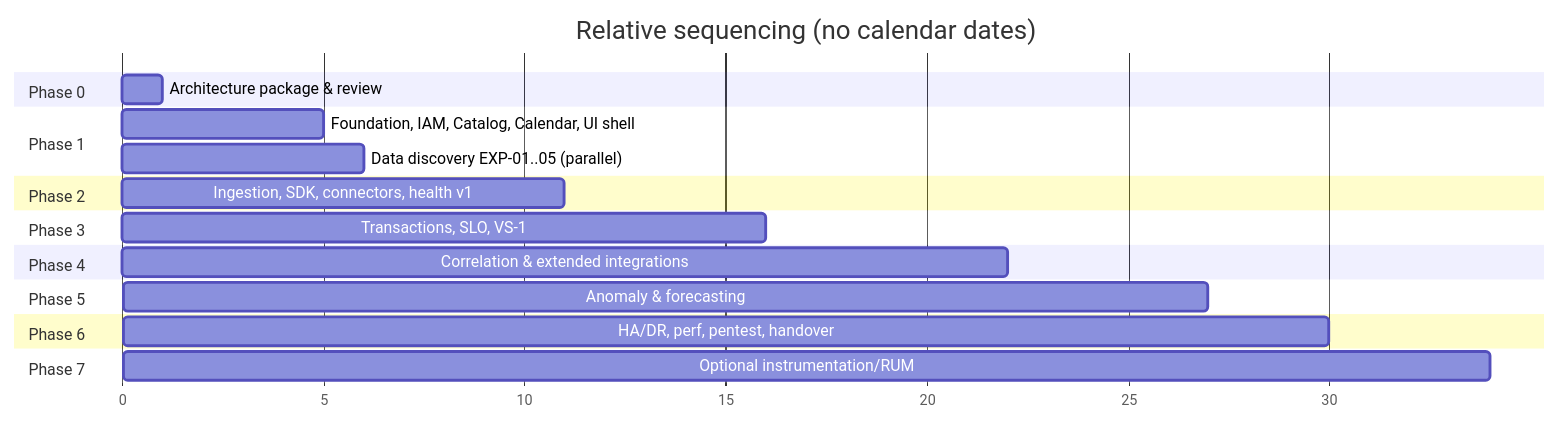
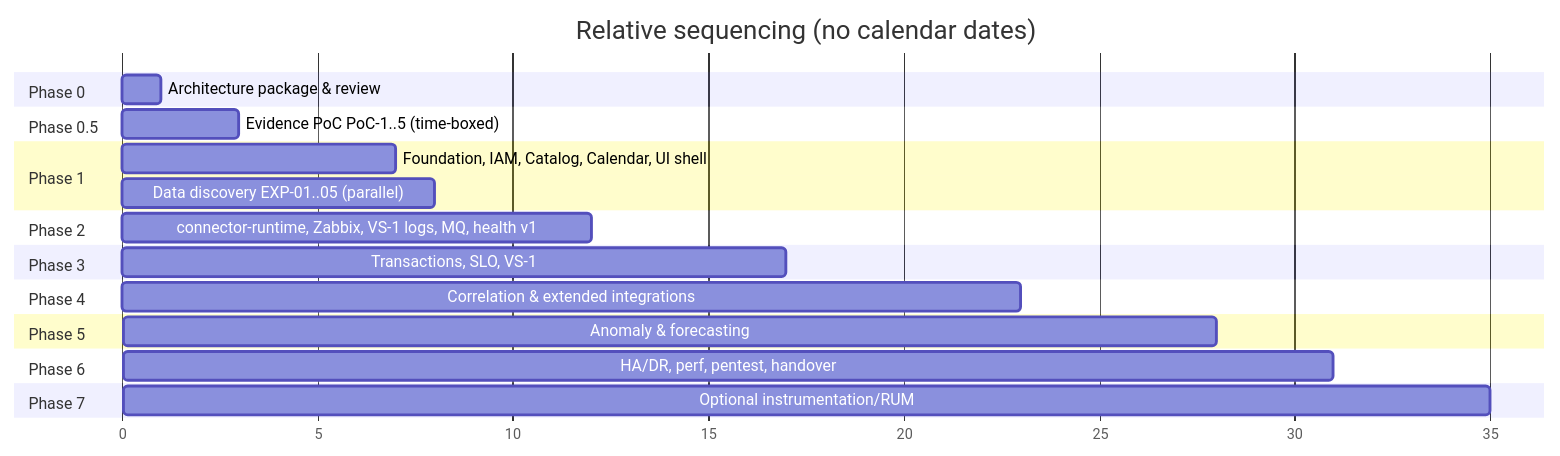
The second of 3 diagrams in docs/roadmap/master-plan.md (navy1919/IssabelMonitoring), drawn with Mermaid before and after one commit. The commit also changed other lines of this file and 46 other files, not shown here.

````diff
--- a/docs/roadmap/master-plan.md
+++ b/docs/roadmap/master-plan.md
@@ -51,23 +64,25 @@
 ```mermaid
 gantt
   title Relative sequencing (no calendar dates)
   dateFormat X
   axisFormat %s
   section Phase 0
   Architecture package & review :p0, 0, 1
+  section Phase 0.5
+  Evidence PoC PoC-1..5 (time-boxed) :poc, 1, 3
   section Phase 1
-  Foundation, IAM, Catalog, Calendar, UI shell :p1, 1, 5
-  Data discovery EXP-01..05 (parallel) :d1, 1, 6
+  Foundation, IAM, Catalog, Calendar, UI shell :p1, 3, 7
+  Data discovery EXP-01..05 (parallel) :d1, 3, 8
   section Phase 2
-  Ingestion, SDK, connectors, health v1 :p2, 5, 11
+  connector-runtime, Zabbix, VS-1 logs, MQ, health v1 :p2, 7, 12
   section Phase 3
-  Transactions, SLO, VS-1 :p3, 11, 16
+  Transactions, SLO, VS-1 :p3, 12, 17
   section Phase 4
-  Correlation & extended integrations :p4, 16, 22
+  Correlation & extended integrations :p4, 17, 23
   section Phase 5
-  Anomaly & forecasting :p5, 22, 27
+  Anomaly & forecasting :p5, 23, 28
   section Phase 6
-  HA/DR, perf, pentest, handover :p6, 22, 30
+  HA/DR, perf, pentest, handover :p6, 23, 31
   section Phase 7
-  Optional instrumentation/RUM :p7, 30, 34
+  Optional instrumentation/RUM :p7, 31, 35
 ```
````
